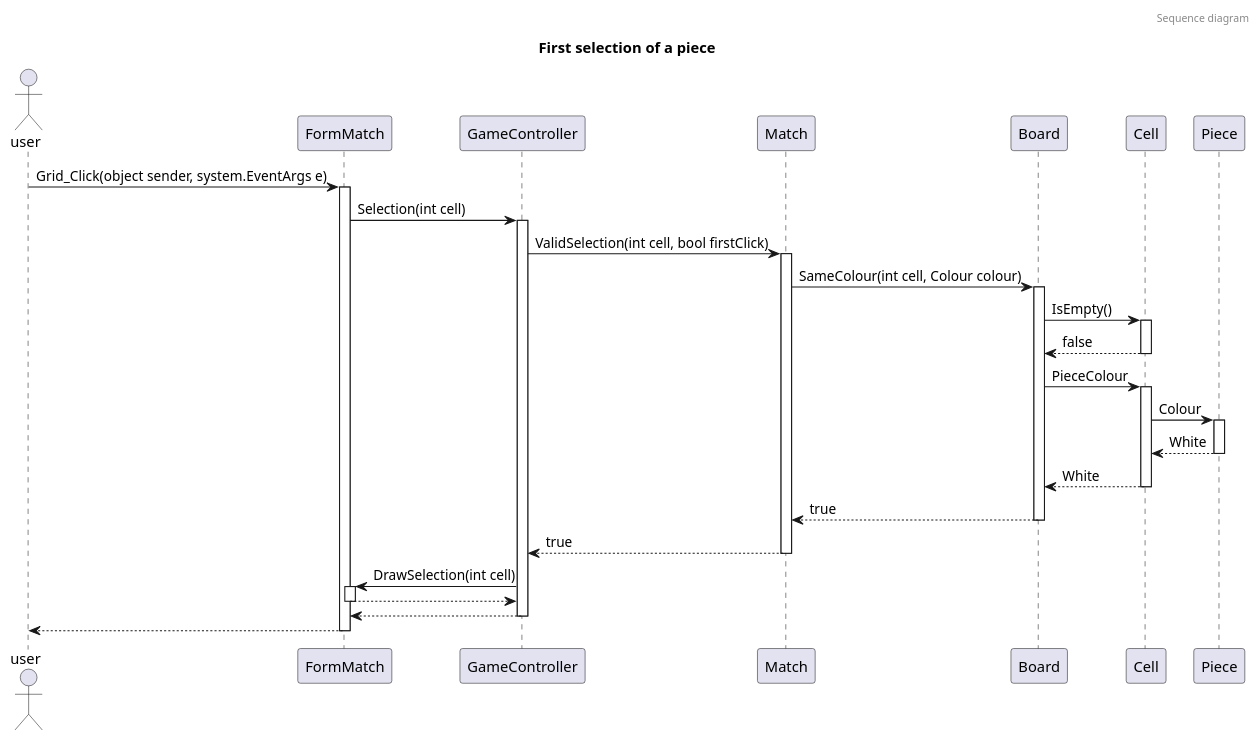
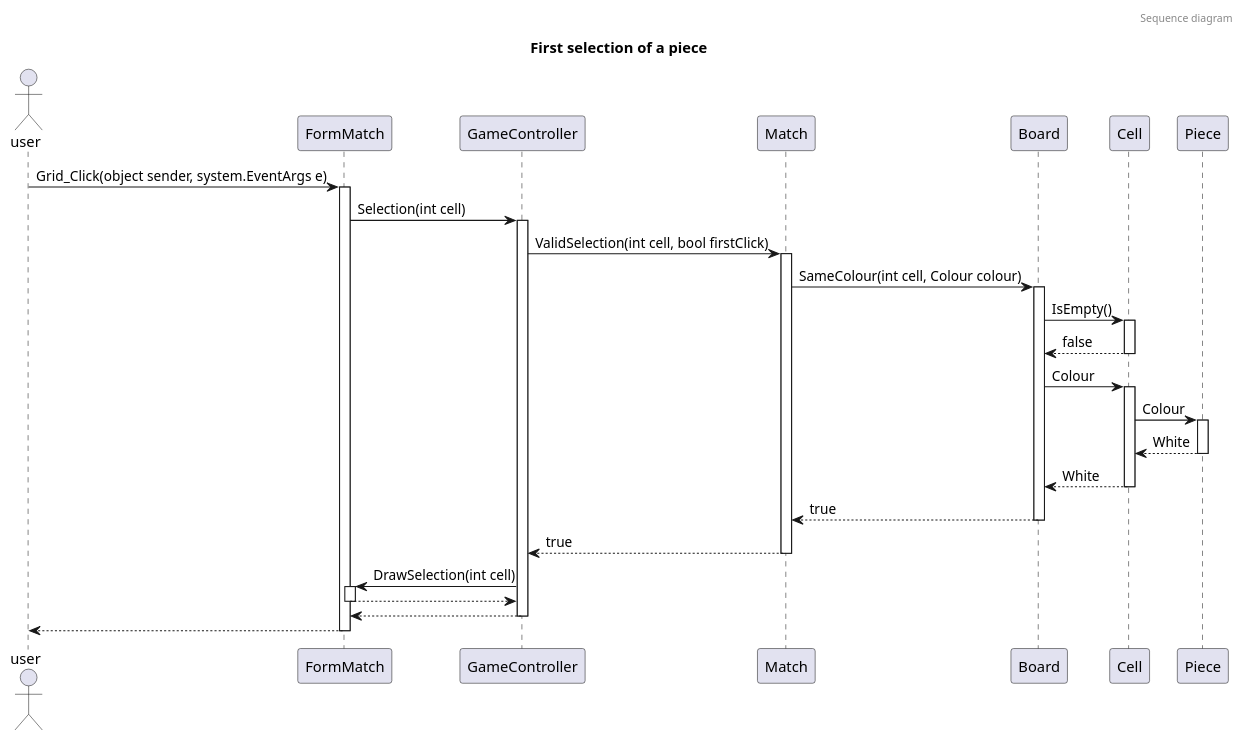
Before and after one commit to darkhappy/chess: the diagram in Diagrams/Sequences/FirstClick.puml, drawn with PlantUML. The commit also changed 1 other file, not shown here.

Commit message:
2e sequence, make the turn for modals and view

```diff
--- a/Diagrams/Sequences/FirstClick.puml
+++ b/Diagrams/Sequences/FirstClick.puml
@@ -1,32 +1,32 @@
 @startuml first_sequence
 
 header Sequence diagram
 
 title First selection of a piece 
 
 actor user
 
 user -> FormMatch ++ : Grid_Click(object sender, system.EventArgs e)
 FormMatch -> GameController ++ : Selection(int cell)
 
 GameController -> Match ++: ValidSelection(int cell, bool firstClick)
 
 
 Match -> Board ++: SameColour(int cell, Colour colour)
 Board -> Cell ++: IsEmpty()
 return false
 
-Board -> Cell ++: PieceColour
+Board -> Cell ++: Colour
 Cell -> Piece ++: Colour
 return White
 return White
 return true
 return true
 
 GameController -> FormMatch ++: DrawSelection(int cell) 
 return
 return
 return
 
 
 @enduml
```
